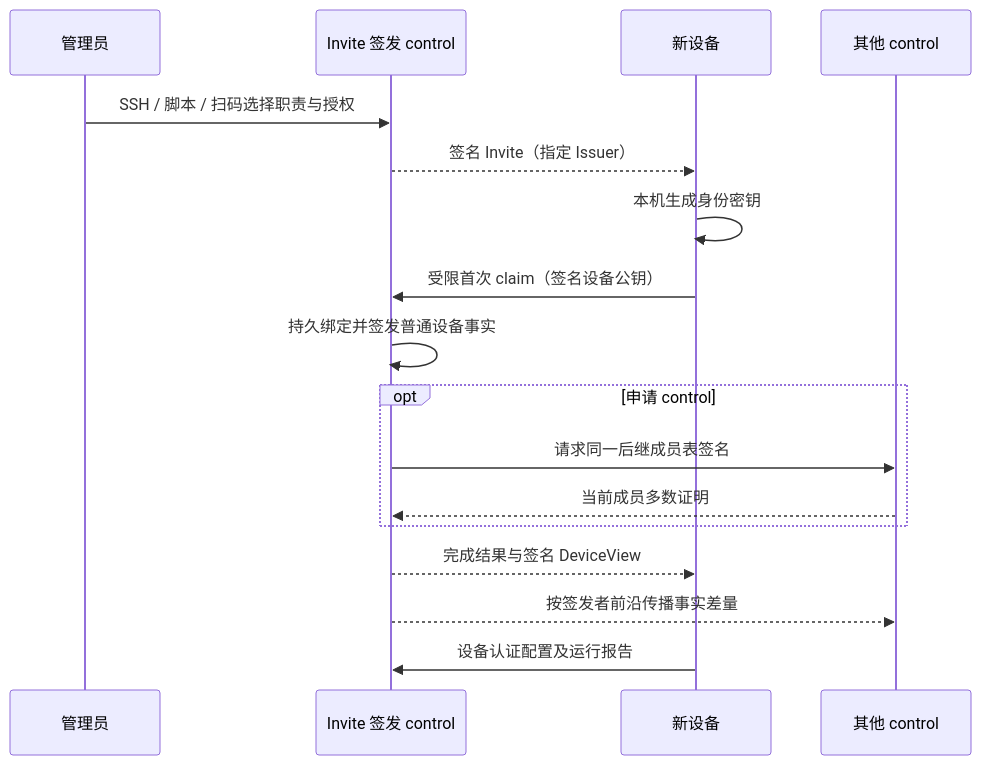
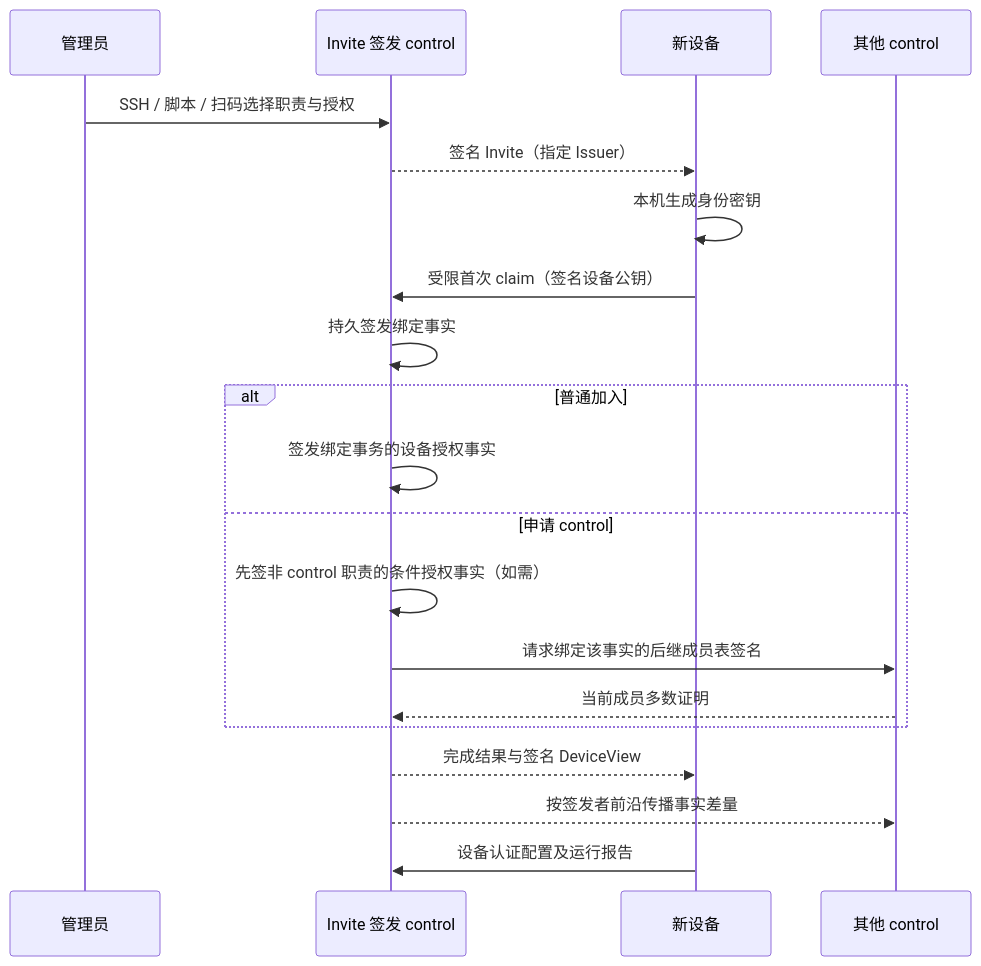
Before and after one commit to Scisaga/loom: the third of 3 diagrams in docs/core/enrollment-endpoint-model.md, drawn with Mermaid. The commit also changed other lines of this file and 8 other files, not shown here.

````diff
--- a/docs/core/enrollment-endpoint-model.md
+++ b/docs/core/enrollment-endpoint-model.md
@@ -201,19 +281,22 @@
 ```mermaid
 sequenceDiagram
     participant Admin as 管理员
     participant Issuer as Invite 签发 control
     participant Device as 新设备
     participant Peers as 其他 control
     Admin->>Issuer: SSH / 脚本 / 扫码选择职责与授权
     Issuer-->>Device: 签名 Invite（指定 Issuer）
     Device->>Device: 本机生成身份密钥
     Device->>Issuer: 受限首次 claim（签名设备公钥）
-    Issuer->>Issuer: 持久绑定并签发普通设备事实
-    opt 申请 control
-        Issuer->>Peers: 请求同一后继成员表签名
+    Issuer->>Issuer: 持久签发绑定事实
+    alt 普通加入
+        Issuer->>Issuer: 签发绑定事务的设备授权事实
+    else 申请 control
+        Issuer->>Issuer: 先签非 control 职责的条件授权事实（如需）
+        Issuer->>Peers: 请求绑定该事实的后继成员表签名
         Peers-->>Issuer: 当前成员多数证明
     end
     Issuer-->>Device: 完成结果与签名 DeviceView
     Issuer-->>Peers: 按签发者前沿传播事实差量
     Device->>Issuer: 设备认证配置及运行报告
 ```
````
